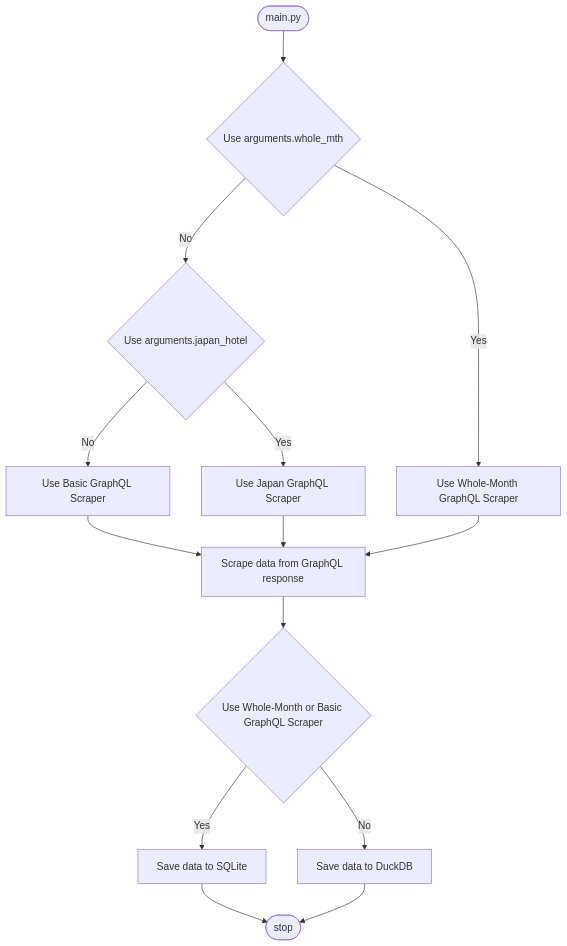
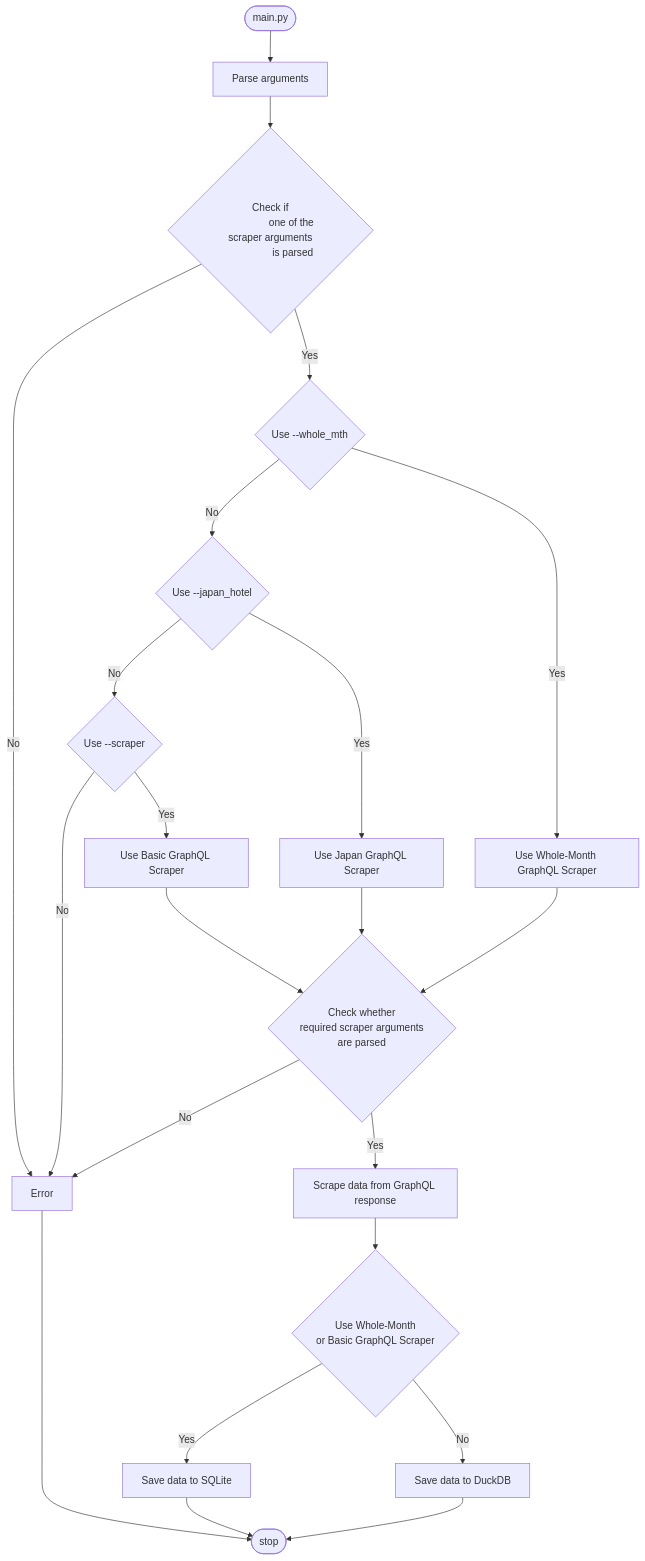
Before and after one commit to sakan811/Find-Osaka-Average-Hotel-Price: the diagram in docs/charts/overview.mermaid, drawn with Mermaid. The commit also changed 4 other files, not shown here.

Commit message:
v7.5.0 - Refactored main.py - Adjusted scraper arguments - Adjusted flowchart

```diff
--- a/docs/charts/overview.mermaid
+++ b/docs/charts/overview.mermaid
@@ -1,18 +1,55 @@
 flowchart TD
-    main([main.py]) --> whole_mth{arguments.whole_mth}
-    whole_mth{Use arguments.whole_mth} -->|No| japan{arguments.japan_hotel}
-    whole_mth{Use arguments.whole_mth} -->|Yes| whole_mth_scraper[Use Whole-Month GraphQL Scraper]
+    main([main.py])
+    whole_mth{Use --whole_mth}
+    parse_args[Parse arguments]
+    japan{Use --japan_hotel}
+    basic_arg{Use --scraper}
+    stop([stop])
+    error[Error]
+    check_args{Check if
+                one of the scraper arguments
+                is parsed}
+    check_required_scraper_args{Check whether
+                                required scraper arguments
+                                are parsed}
+    jp_scraper[Use Japan GraphQL Scraper]
 
-    japan{Use arguments.japan_hotel} --> |No| basic[Use Basic GraphQL Scraper]
-    japan{Use arguments.japan_hotel} --> |Yes| jp_scraper[Use Japan GraphQL Scraper]
+    main --> parse_args
+    parse_args --> check_args
+    check_args -->|No| error
+    check_args -->|Yes| whole_mth
 
-    basic[Use Basic GraphQL Scraper] --> scrape_data[Scrape data from GraphQL response]
-    jp_scraper[Use Japan GraphQL Scraper] --> scrape_data[Scrape data from GraphQL response]
-    whole_mth_scraper[Use Whole-Month GraphQL Scraper] --> scrape_data[Scrape data from GraphQL response]
+    whole_mth_scraper[Use Whole-Month GraphQL Scraper]
 
-    scrape_data[Scrape data from GraphQL response] --> load_data_decis{Whole-Month or Basic GraphQL Scraper}
-    load_data_decis{Use Whole-Month or Basic GraphQL Scraper} --> |Yes| sqlite[Save data to SQLite]
-    load_data_decis{Use Whole-Month or Basic GraphQL Scraper} --> |No| duckdb[Save data to DuckDB]
+    whole_mth -->|No| japan
+    whole_mth -->|Yes| whole_mth_scraper
 
-    sqlite[Save data to SQLite] --> stop([stop])
-    duckdb[Save data to DuckDB] --> stop([stop])
+    basic[Use Basic GraphQL Scraper]
+
+    japan --> |No| basic_arg
+    basic_arg --> |Yes| basic
+    basic_arg --> |No| error
+    error --> stop
+
+    japan --> |Yes| jp_scraper
+
+    scrape_data[Scrape data from GraphQL response]
+    basic[Use Basic GraphQL Scraper]
+    jp_scraper[Use Japan GraphQL Scraper]
+    whole_mth_scraper[Use Whole-Month GraphQL Scraper]
+
+    basic --> check_required_scraper_args
+    jp_scraper --> check_required_scraper_args
+    whole_mth_scraper --> check_required_scraper_args
+    check_required_scraper_args --> |Yes| scrape_data
+    check_required_scraper_args --> |No| error
+
+    load_data_decis{Use Whole-Month
+                    or Basic GraphQL Scraper}
+
+    scrape_data[Scrape data from GraphQL response] --> load_data_decis
+    load_data_decis --> |Yes| sqlite[Save data to SQLite]
+    load_data_decis --> |No| duckdb[Save data to DuckDB]
+
+    sqlite[Save data to SQLite] --> stop
+    duckdb[Save data to DuckDB] --> stop
```
